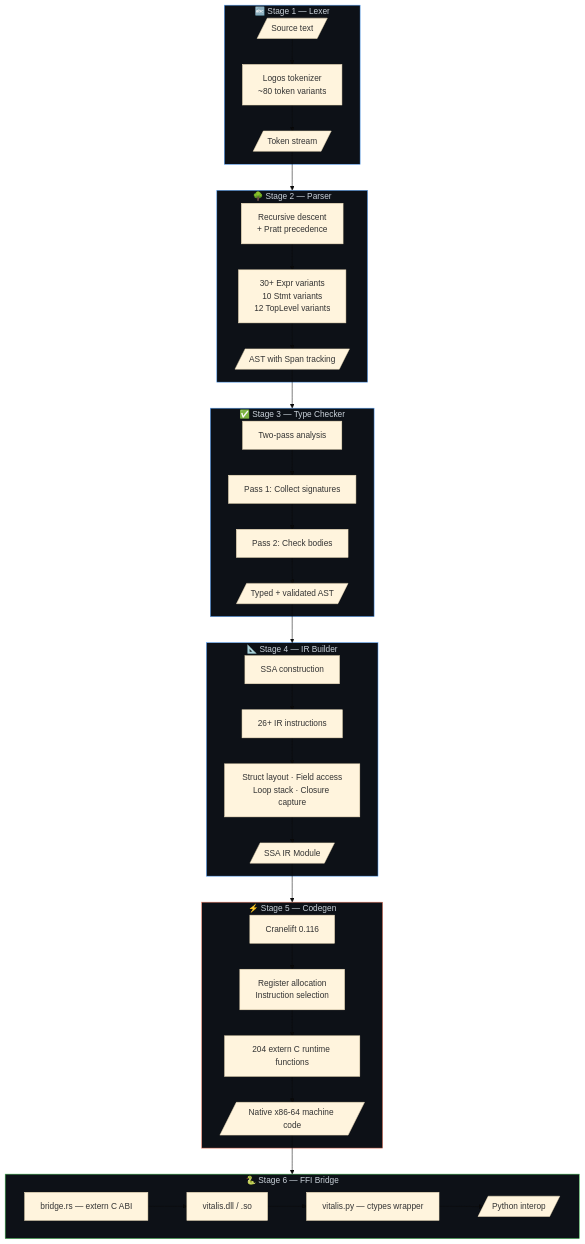
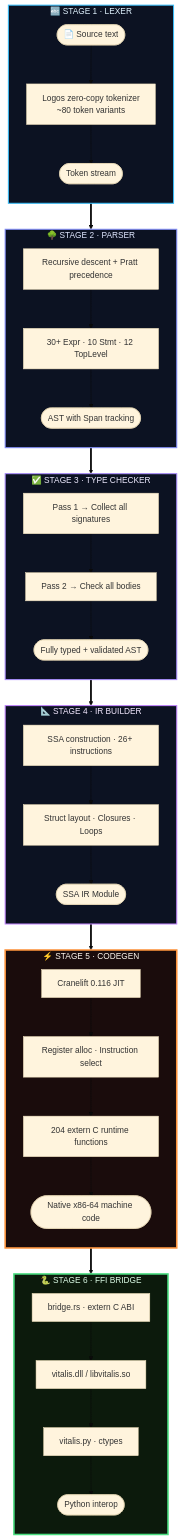
One commit to ModernOps888/vitalis changed the second of 7 diagrams in README.md. Above: the diagram before and after it, drawn with Mermaid (base theme). The commit also changed other lines of this file, not shown here.

First line of the commit message:
README: Redesign all 7 Mermaid diagrams — TB layouts, no control overlap, richer styling

````diff
--- a/README.md
+++ b/README.md
@@ -97,49 +94,53 @@
 ```mermaid
-graph TB
-    subgraph LEX ["🔤 Stage 1 — Lexer"]
-        L1[/"Source text"/] --> L2["Logos tokenizer<br>~80 token variants"]
-        L2 --> L3[/"Token stream"/]
+flowchart TB
+    subgraph LEX ["🔤 STAGE 1 · LEXER"]
+        direction TB
+        L1(["📄 Source text"]) --> L2["Logos zero-copy tokenizer\n~80 token variants"]
+        L2 --> L3(["Token stream"])
     end
 
-    subgraph PARSE ["🌳 Stage 2 — Parser"]
-        P1["Recursive descent<br>+ Pratt precedence"] --> P2["30+ Expr variants<br>10 Stmt variants<br>12 TopLevel variants"]
-        P2 --> P3[/"AST with Span tracking"/]
+    subgraph PARSE ["🌳 STAGE 2 · PARSER"]
+        direction TB
+        P1["Recursive descent + Pratt precedence"] --> P2["30+ Expr · 10 Stmt · 12 TopLevel"]
+        P2 --> P3(["AST with Span tracking"])
     end
 
-    subgraph TYPE ["✅ Stage 3 — Type Checker"]
-        T1["Two-pass analysis"] --> T2["Pass 1: Collect signatures"]
-        T2 --> T3["Pass 2: Check bodies"]
-        T3 --> T4[/"Typed + validated AST"/]
+    subgraph TYPE ["✅ STAGE 3 · TYPE CHECKER"]
+        direction TB
+        T1["Pass 1 → Collect all signatures"] --> T2["Pass 2 → Check all bodies"]
+        T2 --> T3(["Fully typed + validated AST"])
     end
 
-    subgraph IR ["📐 Stage 4 — IR Builder"]
-        I1["SSA construction"] --> I2["26+ IR instructions"]
-        I2 --> I3["Struct layout · Field access<br>Loop stack · Closure capture"]
-        I3 --> I4[/"SSA IR Module"/]
+    subgraph IR ["📐 STAGE 4 · IR BUILDER"]
+        direction TB
+        I1["SSA construction · 26+ instructions"] --> I2["Struct layout · Closures · Loops"]
+        I2 --> I3(["SSA IR Module"])
     end
 
-    subgraph CODEGEN ["⚡ Stage 5 — Codegen"]
-        C1["Cranelift 0.116"] --> C2["Register allocation<br>Instruction selection"]
+    subgraph CG ["⚡ STAGE 5 · CODEGEN"]
+        direction TB
+        C1["Cranelift 0.116 JIT"] --> C2["Register alloc · Instruction select"]
         C2 --> C3["204 extern C runtime functions"]
-        C3 --> C4[/"Native x86-64 machine code"/]
+        C3 --> C4(["Native x86-64 machine code"])
     end
 
-    subgraph FFI ["🐍 Stage 6 — FFI Bridge"]
-        F1["bridge.rs — extern C ABI"] --> F2["vitalis.dll / .so"]
-        F2 --> F3["vitalis.py — ctypes wrapper"]
-        F3 --> F4[/"Python interop"/]
+    subgraph FFI ["🐍 STAGE 6 · FFI BRIDGE"]
+        direction TB
+        F1["bridge.rs · extern C ABI"] --> F2["vitalis.dll / libvitalis.so"]
+        F2 --> F3["vitalis.py · ctypes"]
+        F3 --> F4(["Python interop"])
     end
 
-    L3 --> PARSE
-    P3 --> TYPE
-    T4 --> IR
-    I4 --> CODEGEN
-    C4 --> FFI
+    LEX ==> PARSE
+    PARSE ==> TYPE
+    TYPE ==> IR
+    IR ==> CG
+    CG ==> FFI
 
-    style LEX fill:#0d1117,stroke:#58a6ff,color:#c9d1d9
-    style PARSE fill:#0d1117,stroke:#58a6ff,color:#c9d1d9
-    style TYPE fill:#0d1117,stroke:#58a6ff,color:#c9d1d9
-    style IR fill:#0d1117,stroke:#58a6ff,color:#c9d1d9
-    style CODEGEN fill:#0d1117,stroke:#f78166,color:#c9d1d9
-    style FFI fill:#0d1117,stroke:#3fb950,color:#c9d1d9
+    style LEX fill:#0c1222,stroke:#38bdf8,stroke-width:2px,color:#e0f2fe
+    style PARSE fill:#0c1222,stroke:#818cf8,stroke-width:2px,color:#e0e7ff
+    style TYPE fill:#0c1222,stroke:#a78bfa,stroke-width:2px,color:#ede9fe
+    style IR fill:#0c1222,stroke:#c084fc,stroke-width:2px,color:#f3e8ff
+    style CG fill:#1a0c0c,stroke:#fb923c,stroke-width:3px,color:#fff7ed
+    style FFI fill:#0c1a0c,stroke:#4ade80,stroke-width:3px,color:#dcfce7
 ```
````
